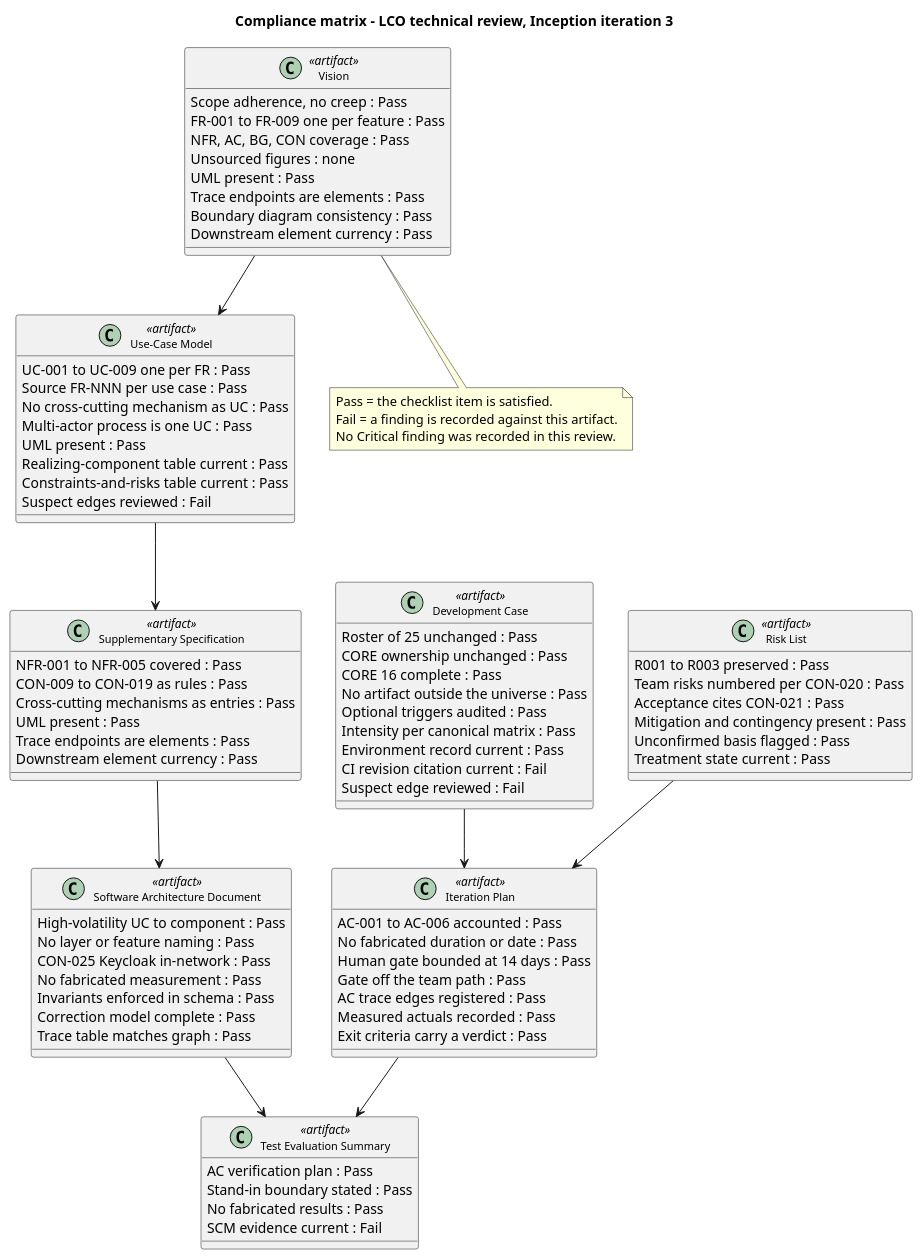
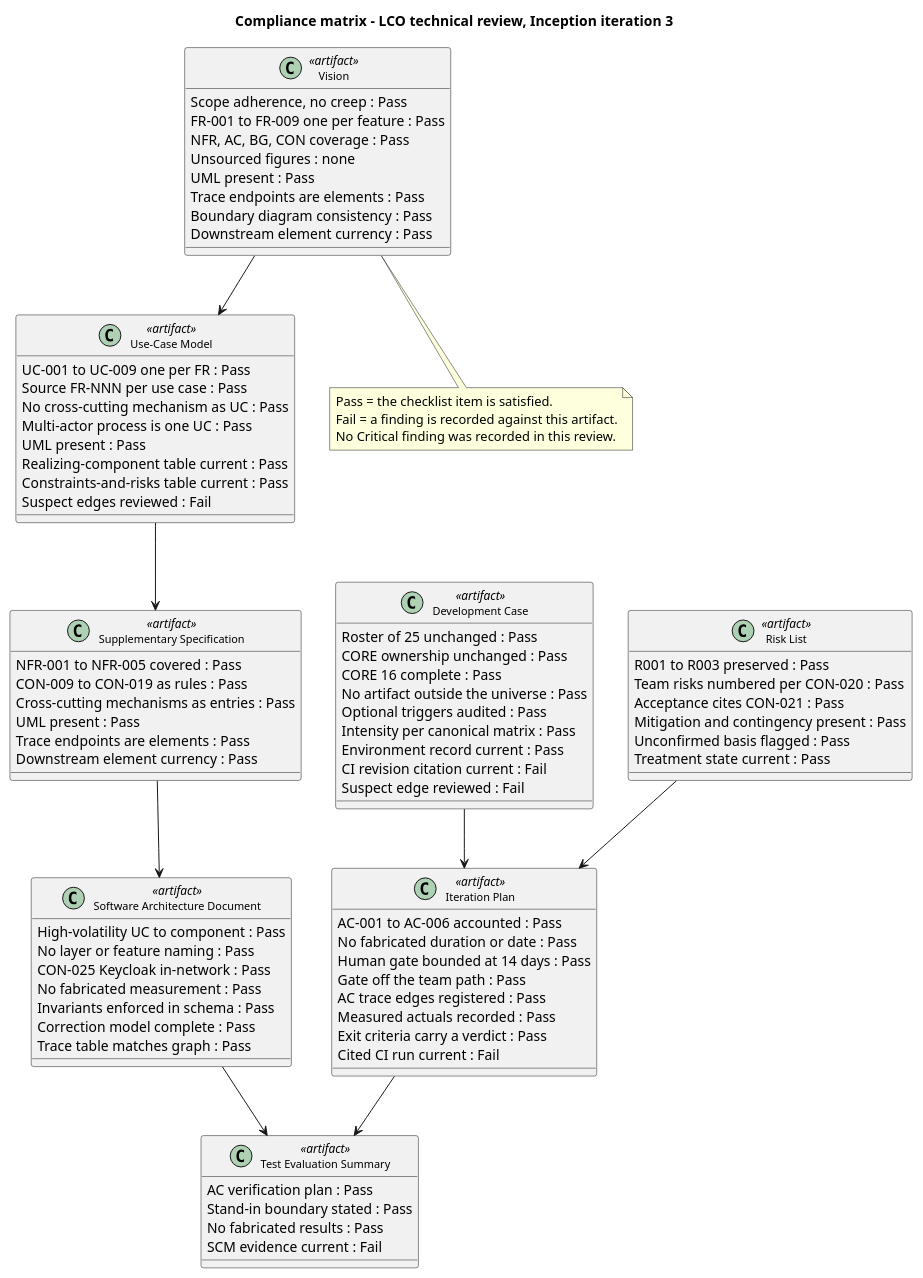
The fifth of 7 diagrams in docs/artifacts/project-management/review-record.md (banense-test/portal), drawn with PlantUML before and after one commit. The commit also changed other lines of this file, not shown here.

```diff
--- a/docs/artifacts/project-management/review-record.md
+++ b/docs/artifacts/project-management/review-record.md
@@ -434,6 +434,7 @@
   AC trace edges registered : Pass
   Measured actuals recorded : Pass
   Exit criteria carry a verdict : Pass
+  Cited CI run current : Fail
 }
 
 class "Software Architecture Document" as SAD <<artifact>> {
```
